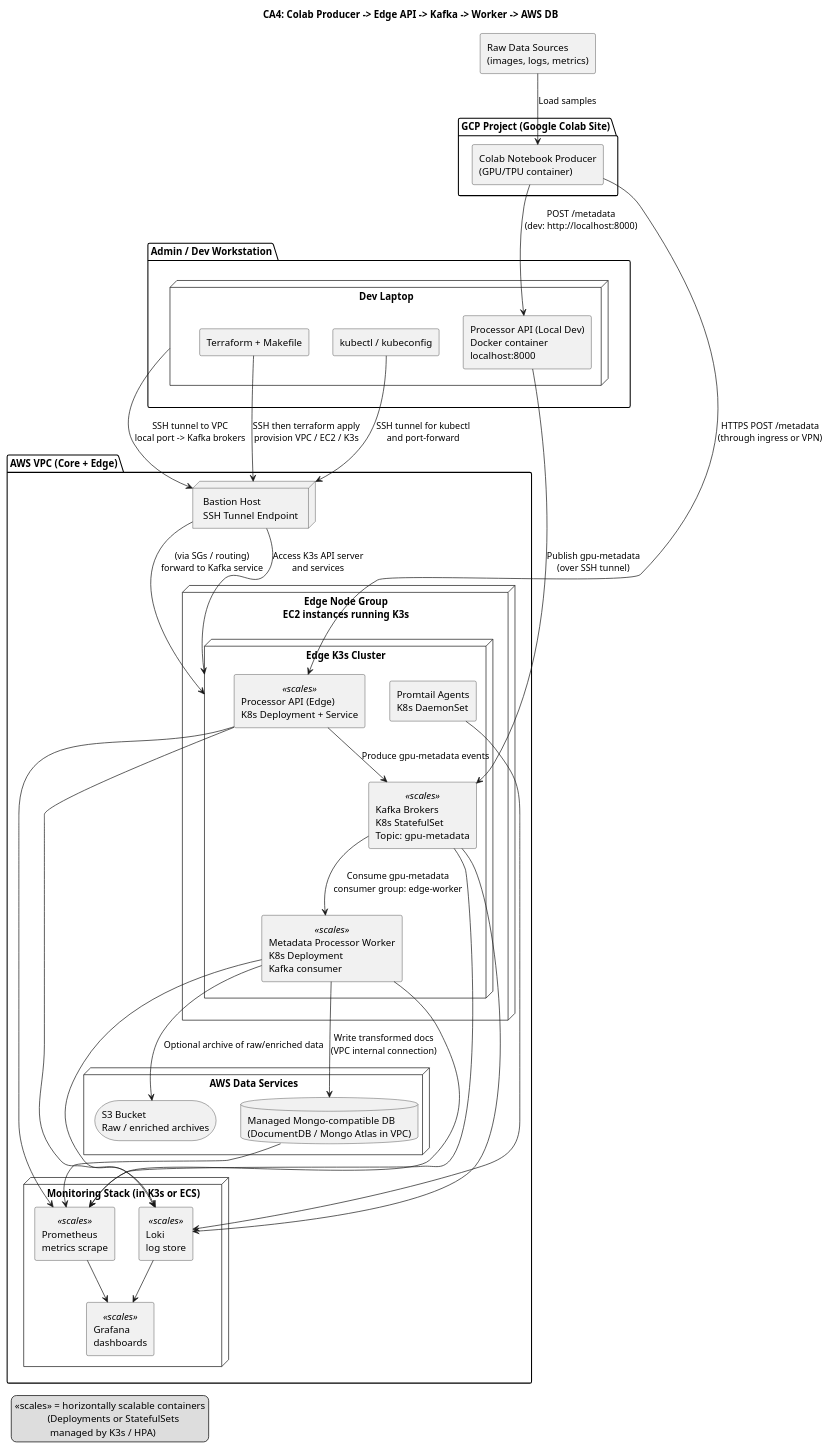
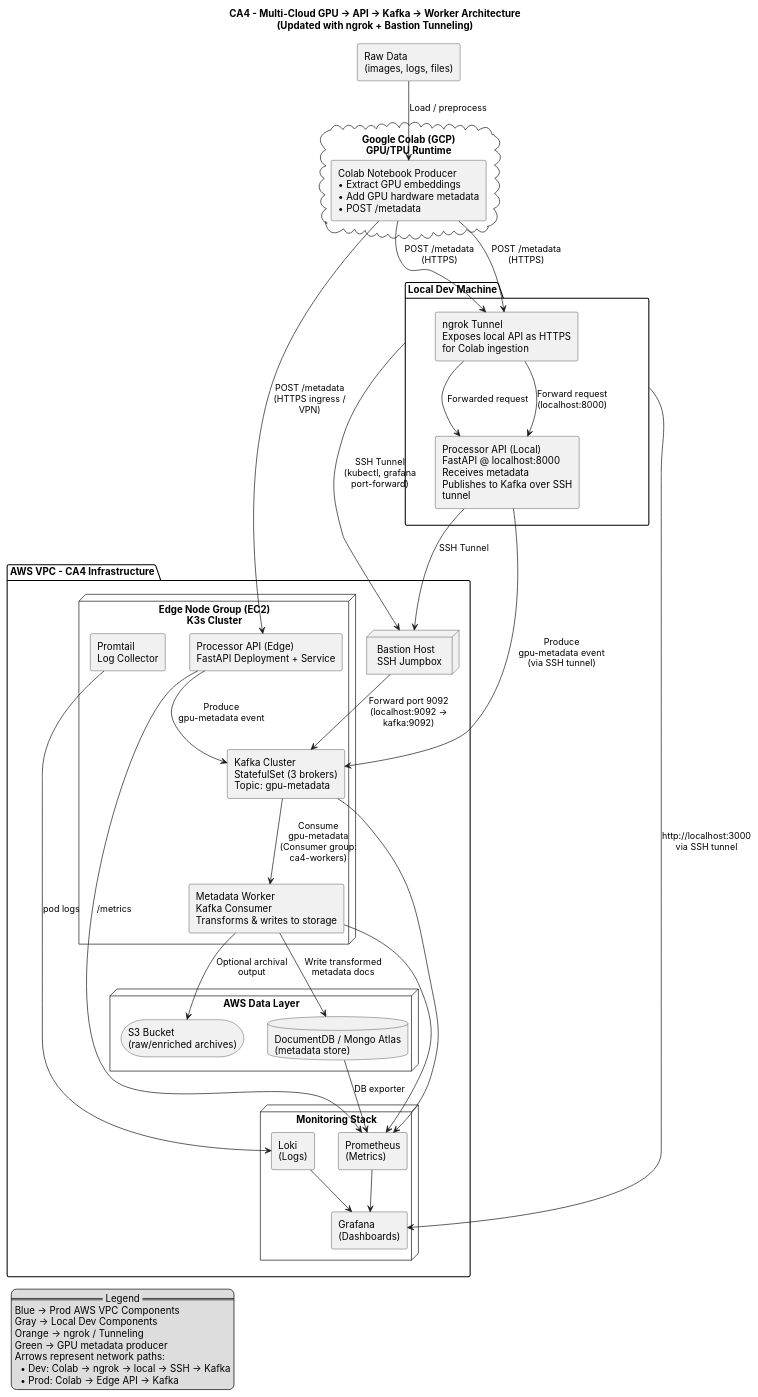
The diagram in CA4/diagrams/architecture.puml (brobro10000/gpu-token-analytics-pipeline), drawn with PlantUML before and after one commit. The commit also changed 4 other files, not shown here.

```diff
--- a/CA4/diagrams/architecture.puml
+++ b/CA4/diagrams/architecture.puml
@@ -1,108 +1,124 @@
-@startuml CA4_Colab_AWS_VPC_Containers
+@startuml CA4_Updated_Architecture
+skinparam shadowing false
+skinparam componentStyle rectangle
+skinparam defaultFontName Inter
+skinparam wrapWidth 220
+skinparam maxMessageSize 140
 
-title CA4: Colab Producer -> Edge API -> Kafka -> Worker -> AWS DB
+title CA4 – Multi-Cloud GPU → API → Kafka → Worker Architecture\n(Updated with ngrok + Bastion Tunneling)
 
-skinparam componentStyle rectangle
-skinparam shadowing false
-
-' -----------------------
-' GCP SITE (COLAB)
-' -----------------------
-package "GCP Project (Google Colab Site)" as GCP {
-  component "Colab Notebook Producer\n(GPU/TPU container)" as COLAB
+' ==========================================================
+' GOOGLE COLAB (GCP) – GPU METADATA PRODUCER
+' ==========================================================
+cloud "Google Colab (GCP)\nGPU/TPU Runtime" as COLAB {
+  component "Colab Notebook Producer\n• Extract GPU embeddings\n• Add GPU hardware metadata\n• POST /metadata" as PRODUCER
 }
 
-rectangle "Raw Data Sources\n(images, logs, metrics)" as RAW
+rectangle "Raw Data\n(images, logs, files)" as RAW
+RAW --> PRODUCER : Load / preprocess
 
-' -----------------------
-' DEV WORKSTATION
-' -----------------------
-package "Admin / Dev Workstation" as DEV {
-  node "Dev Laptop" as DEV_LAPTOP {
-    component "Processor API (Local Dev)\nDocker container\nlocalhost:8000" as PROC_LOCAL
-    component "Terraform + Makefile" as MAKE
-    component "kubectl / kubeconfig" as KCTL
+' ==========================================================
+' LOCAL DEVELOPMENT ENVIRONMENT
+' ==========================================================
+package "Local Dev Machine" as DEV {
+
+  component "Processor API (Local)\nFastAPI @ localhost:8000\nReceives metadata\nPublishes to Kafka over SSH tunnel" as PROC_LOCAL
+
+  component "ngrok Tunnel\nExposes local API as HTTPS\nfor Colab ingestion" as NGROK
+
+  PRODUCER --> NGROK : POST /metadata\n(HTTPS)
+  NGROK --> PROC_LOCAL : Forward request\n(localhost:8000)
+}
+
+' ==========================================================
+' AWS VPC (PRODUCTION + DEV TUNNEL TARGET)
+' ==========================================================
+package "AWS VPC – CA4 Infrastructure" as AWS {
+
+  node "Bastion Host\nSSH Jumpbox" as BASTION
+
+  ' ------------------------
+  ' EDGE K3s CLUSTER (PROD)
+  ' ------------------------
+  node "Edge Node Group (EC2)\nK3s Cluster" as K3S {
+
+    component "Processor API (Edge)\nFastAPI Deployment + Service" as PROC_EDGE
+
+    component "Kafka Cluster\nStatefulSet (3 brokers)\nTopic: gpu-metadata" as KAFKA
+
+    component "Metadata Worker\nKafka Consumer\nTransforms & writes to storage" as WORKER
+
+    component "Promtail\nLog Collector" as PROMTAIL
+  }
+
+  ' ------------------------
+  ' DATA SERVICES
+  ' ------------------------
+  node "AWS Data Layer" as DATALAYER {
+    database "DocumentDB / Mongo Atlas\n(metadata store)" as DB
+    storage "S3 Bucket\n(raw/enriched archives)" as S3
+  }
+
+  ' ------------------------
+  ' OBSERVABILITY
+  ' ------------------------
+  node "Monitoring Stack" as MON {
+      component "Prometheus\n(Metrics)" as PROM
+      component "Loki\n(Logs)" as LOKI
+      component "Grafana\n(Dashboards)" as GRAFANA
   }
 }
 
-' -----------------------
-' AWS VPC
-' -----------------------
-package "AWS VPC (Core + Edge)" as AWS {
+' ==========================================================
+' DATA FLOW + CONNECTIVITY
+' ==========================================================
 
-  node "Bastion Host\nSSH Tunnel Endpoint" as BASTION
+' --- DEV FLOW: COLAB → NGROK → LOCAL API → KAFKA VIA SSH ---
+PRODUCER --> NGROK : POST /metadata (HTTPS)
+NGROK --> PROC_LOCAL : Forwarded request
 
-  node "Edge Node Group\nEC2 instances running K3s" as EDGE_NODES {
-    node "Edge K3s Cluster" as K3S {
-      component "Processor API (Edge)\nK8s Deployment + Service" <<scales>> as PROC_EDGE
-      component "Kafka Brokers\nK8s StatefulSet\nTopic: gpu-metadata" <<scales>> as KAFKA
-      component "Metadata Processor Worker\nK8s Deployment\nKafka consumer" <<scales>> as WORKER
-      component "Promtail Agents\nK8s DaemonSet" as PROMTAIL
-    }
-  }
+PROC_LOCAL --> BASTION : SSH Tunnel
+BASTION --> KAFKA : Forward port 9092\n(localhost:9092 → kafka:9092)
 
-  node "AWS Data Services" as DATA {
-    database "Managed Mongo-compatible DB\n(DocumentDB / Mongo Atlas in VPC)" as CORE_DB
-    storage "S3 Bucket\nRaw / enriched archives" as S3
-  }
+PROC_LOCAL --> KAFKA : Produce gpu-metadata event\n(via SSH tunnel)
 
-  node "Monitoring Stack (in K3s or ECS)" as MON {
-    component "Prometheus\nmetrics scrape" <<scales>> as PROM
-    component "Loki\nlog store" <<scales>> as LOKI
-    component "Grafana\ndashboards" <<scales>> as GRAFANA
-  }
-}
+' --- PROD FLOW: COLAB → EDGE API DIRECTLY ---
+PRODUCER --> PROC_EDGE : POST /metadata (HTTPS ingress / VPN)
 
-' -----------------------
-' FLOWS
-' -----------------------
+' --- COMMON PIPELINE ---
+PROC_EDGE --> KAFKA : Produce gpu-metadata event
 
-' Raw data to Colab
-RAW --> COLAB : Load samples
+KAFKA --> WORKER : Consume gpu-metadata\n(Consumer group: ca4-workers)
 
-' Dev path: Colab -> local API
-COLAB --> PROC_LOCAL : POST /metadata\n(dev: http://localhost:8000)
+WORKER --> DB : Write transformed metadata docs
+WORKER --> S3 : Optional archival output
 
-' Dev publishing: local API -> Kafka via SSH tunnel
-PROC_LOCAL --> KAFKA : Publish gpu-metadata\n(over SSH tunnel)
-DEV_LAPTOP --> BASTION : SSH tunnel to VPC\nlocal port -> Kafka brokers
-BASTION --> K3S : (via SGs / routing)\nforward to Kafka service
-
-' Production path: Colab -> Edge API in VPC
-COLAB --> PROC_EDGE : HTTPS POST /metadata\n(through ingress or VPN)
-
-' Edge internal pipeline (Option B only)
-PROC_EDGE --> KAFKA : Produce gpu-metadata events
-KAFKA --> WORKER : Consume gpu-metadata\nconsumer group: edge-worker
-WORKER --> CORE_DB : Write transformed docs\n(VPC internal connection)
-WORKER --> S3 : Optional archive of raw/enriched data
-
-' Admin operations
-MAKE --> BASTION : SSH then terraform apply\nprovision VPC / EC2 / K3s
-KCTL --> BASTION : SSH tunnel for kubectl\nand port-forward
-BASTION --> K3S : Access K3s API server\nand services
-
-' Observability
-PROC_EDGE --> PROM
+' --- OBSERVABILITY ---
+PROC_EDGE --> PROM : /metrics
 WORKER --> PROM
 KAFKA --> PROM
-CORE_DB --> PROM
+DB --> PROM : DB exporter
 
-PROMTAIL --> LOKI
-PROC_EDGE --> LOKI
-WORKER --> LOKI
-KAFKA --> LOKI
+PROMTAIL --> LOKI : pod logs
+LOKI --> GRAFANA
+PROM --> GRAFANA
 
-PROM --> GRAFANA
-LOKI --> GRAFANA
+' --- DEV OBSERVABILITY ACCESS ---
+DEV --> BASTION : SSH Tunnel\n(kubectl, grafana port-forward)
+DEV --> GRAFANA : http://localhost:3000\nvia SSH tunnel
 
-' -----------------------
-' Legend
-' -----------------------
+' ==========================================================
+' LEGEND
+' ==========================================================
 legend left
-  <<scales>> = horizontally scalable containers
-               (Deployments or StatefulSets
-                managed by K3s / HPA)
+  == Legend ==
+  Blue → Prod AWS VPC Components
+  Gray → Local Dev Components
+  Orange → ngrok / Tunneling
+  Green → GPU metadata producer
+  Arrows represent network paths:
+    • Dev: Colab → ngrok → local → SSH → Kafka
+    • Prod: Colab → Edge API → Kafka
 endlegend
 
 @enduml
```
